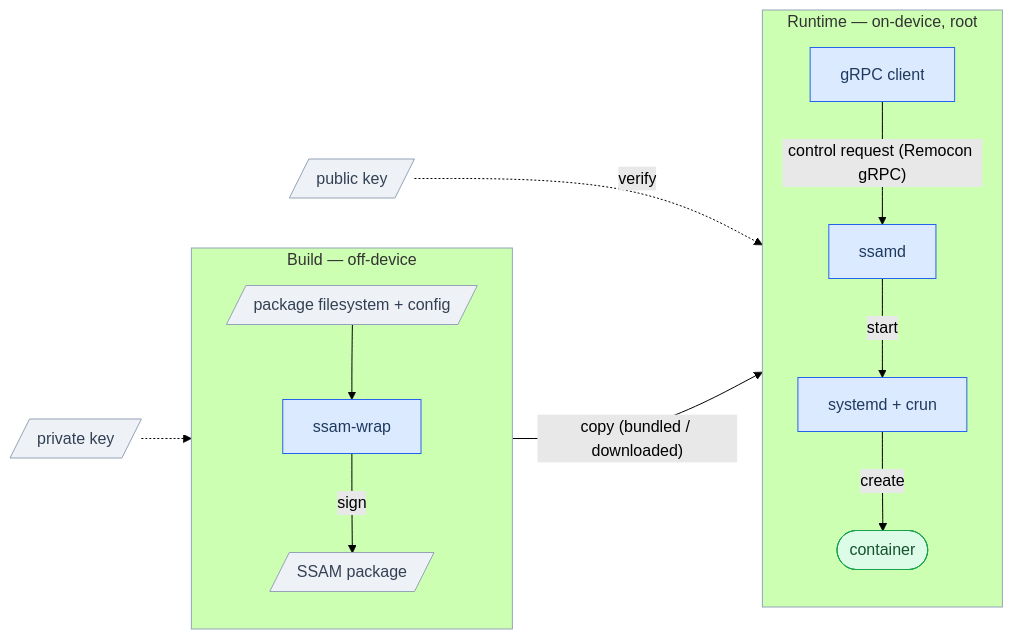
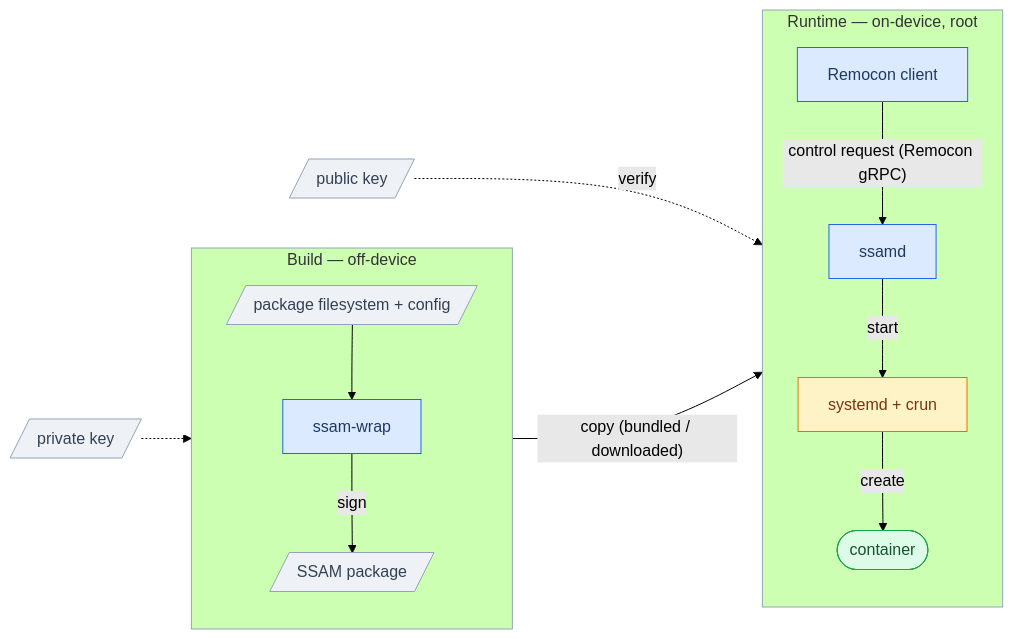
One commit to mobis-oss/ssam changed the diagram in docs/architecture/overview.md. Above: the diagram before and after it, drawn with Mermaid (forest theme). The commit also changed other lines of this file and 35 other files, not shown here.

````diff
--- a/docs/architecture/overview.md
+++ b/docs/architecture/overview.md
@@ -53,26 +53,28 @@
 ```mermaid
 flowchart LR
   subgraph B["Build — off-device"]
     direction TB
     A[/"package filesystem + config"/] --> W["ssam-wrap"]
     W -->|"sign"| P[/"SSAM package"/]
   end
   subgraph R["Runtime — on-device, root"]
     direction TB
-    C["gRPC client"] -->|"control request (Remocon gRPC)"| D["ssamd"]
+    C["Remocon client"] -->|"control request (Remocon gRPC)"| D["ssamd"]
     D -->|"start"| S["systemd + crun"]
     S -->|"create"| CT(["container"])
   end
   P -->|"copy (bundled / downloaded)"| D
   KP[/"private key"/] -.-> W
   K[/"public key"/] -.->|"verify"| D
 
   classDef actor fill:#dbeafe,stroke:#2563eb,color:#1e3a5f;
   classDef data fill:#eef1f5,stroke:#94a3b8,color:#334155;
+  classDef ext fill:#fef3c7,stroke:#d97706,color:#78350f;
   classDef result fill:#dcfce7,stroke:#16a34a,color:#14532d;
-  class W,D,C,S actor;
+  class W,D,C actor;
+  class S ext;
   class A,P,KP,K data;
   class CT result;
   style B stroke:#94a3b8
   style R stroke:#94a3b8
 ```
````
